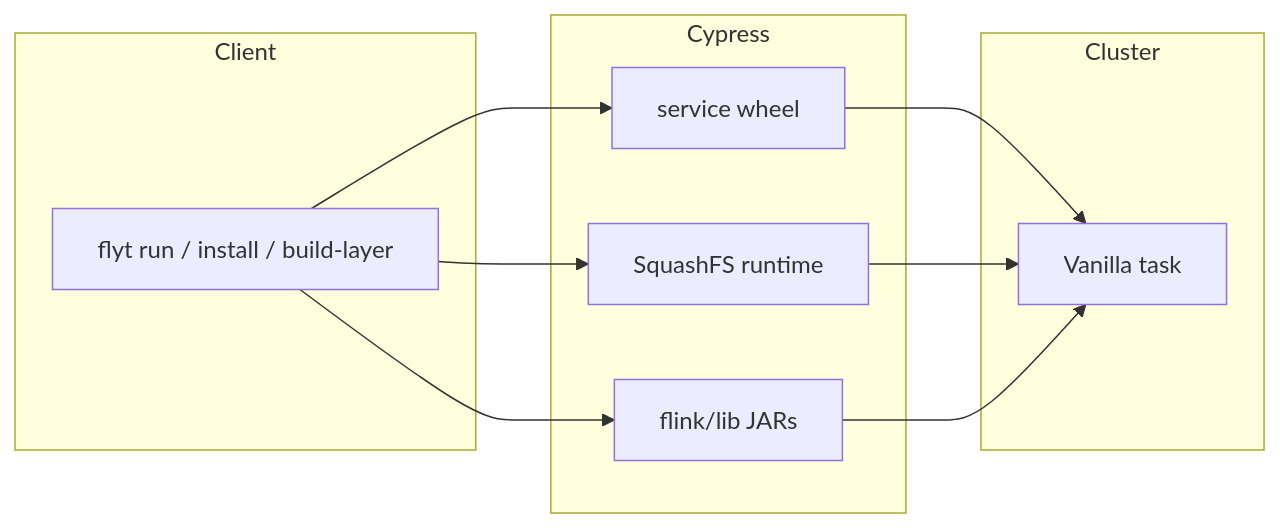
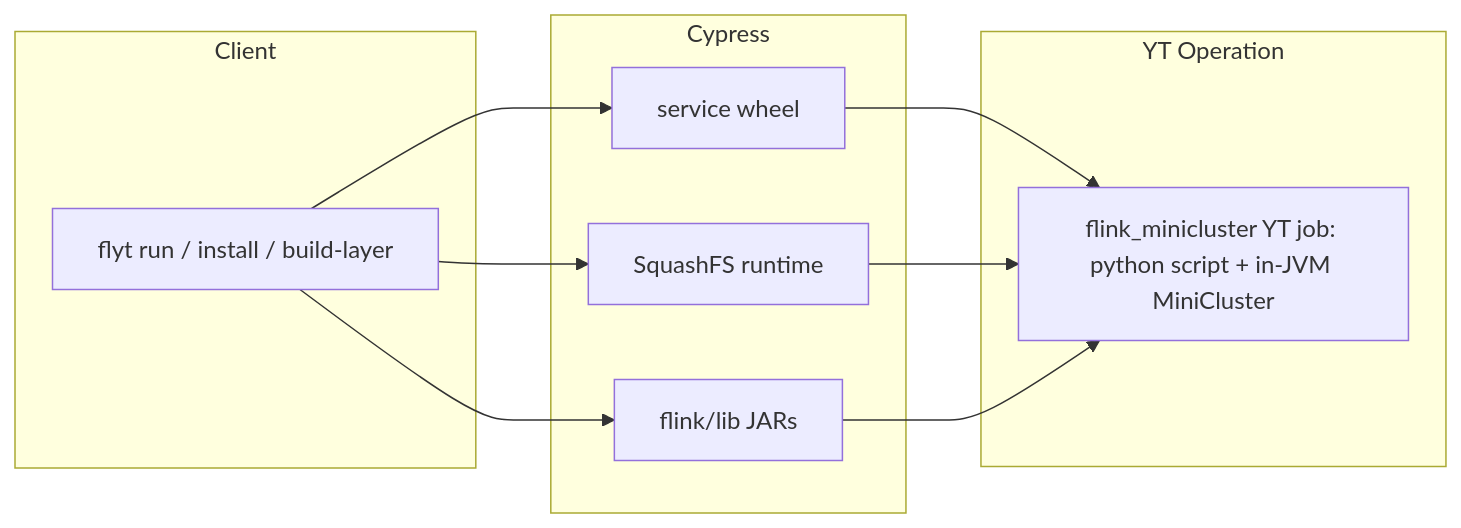
Before and after one commit to ytsaurus/ytsaurus-flyt: the first of 3 diagrams in python/ARCHITECTURE.md, drawn with Mermaid. The commit also changed other lines of this file and 51 other files, not shown here.

First line of the commit message:
feat(python): Flink application cluster mode (JobManager + separate TaskManagers) (#81)

````diff
--- a/python/ARCHITECTURE.md
+++ b/python/ARCHITECTURE.md
@@ -13,16 +15,16 @@
 ```mermaid
 flowchart LR
     subgraph Client
         A[flyt run / install / build-layer]
     end
     subgraph Cypress
         W[service wheel]
         R[SquashFS runtime]
         J[flink/lib JARs]
     end
-    subgraph Cluster
-        V[Vanilla task]
+    subgraph YT Operation
+        V["flink_minicluster YT job: python script + in-JVM MiniCluster"]
     end
     A --> W & R & J
     W & R & J --> V
 ```
````
